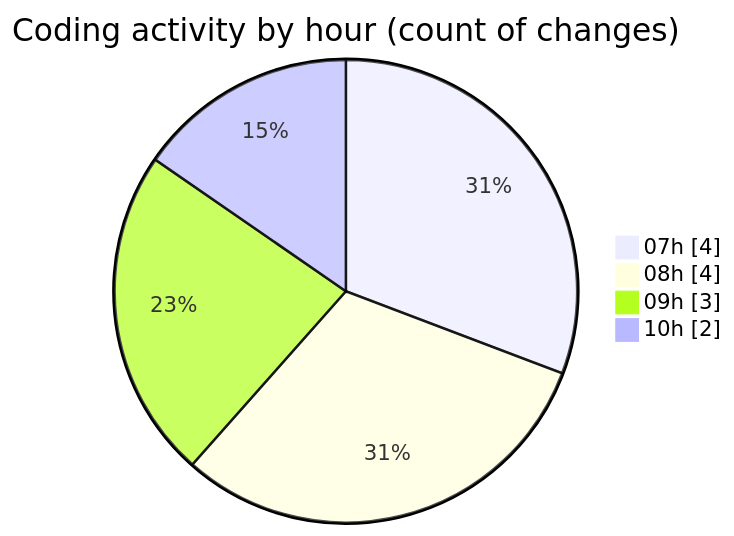
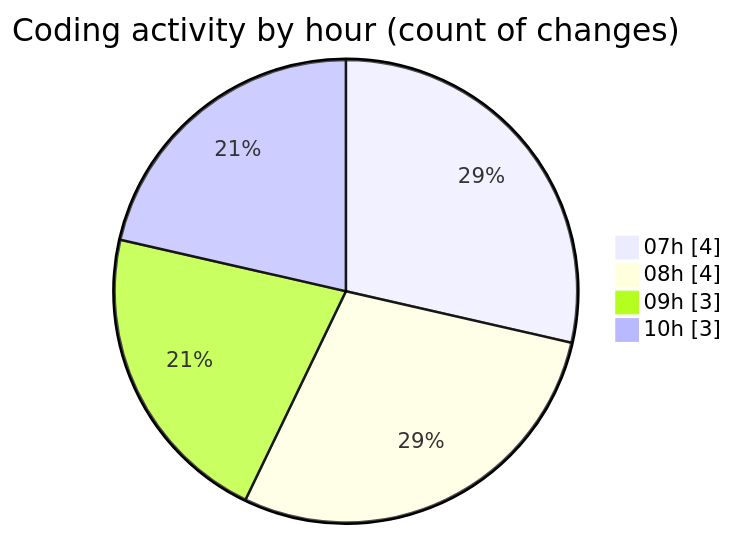
One commit to LanceThiago/code-tracking changed the second of 2 diagrams in 2025-09-16/totem2/README.md. Above: the diagram before and after it, drawn with Mermaid. The commit also changed other lines of this file and 1 other file, not shown here.

````diff
--- a/2025-09-16/totem2/README.md
+++ b/2025-09-16/totem2/README.md
@@ -29,8 +29,8 @@
 ```mermaid
 pie showData
 title Coding activity by hour (count of changes)
 "07h" : 4
 "08h" : 4
 "09h" : 3
-"10h" : 2
+"10h" : 3
 ```
````
